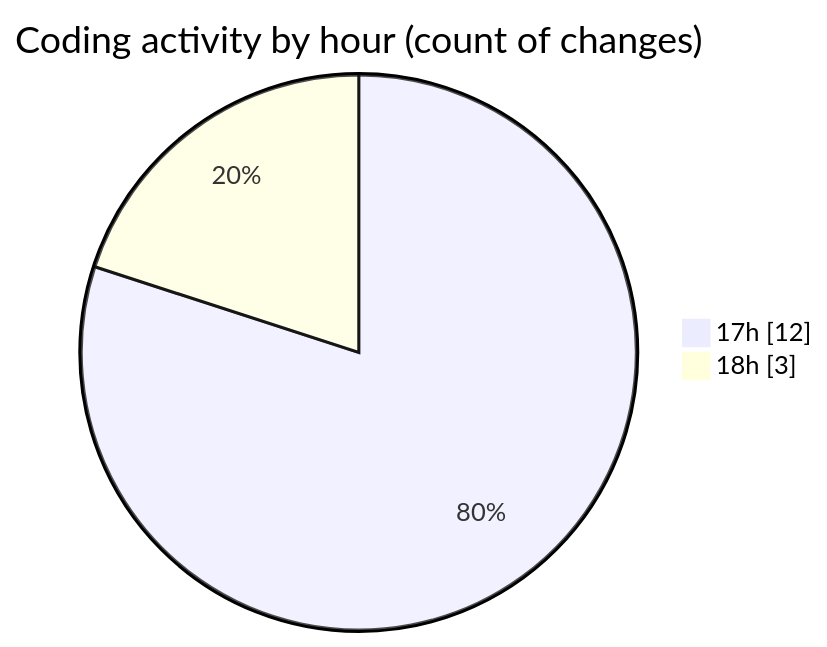
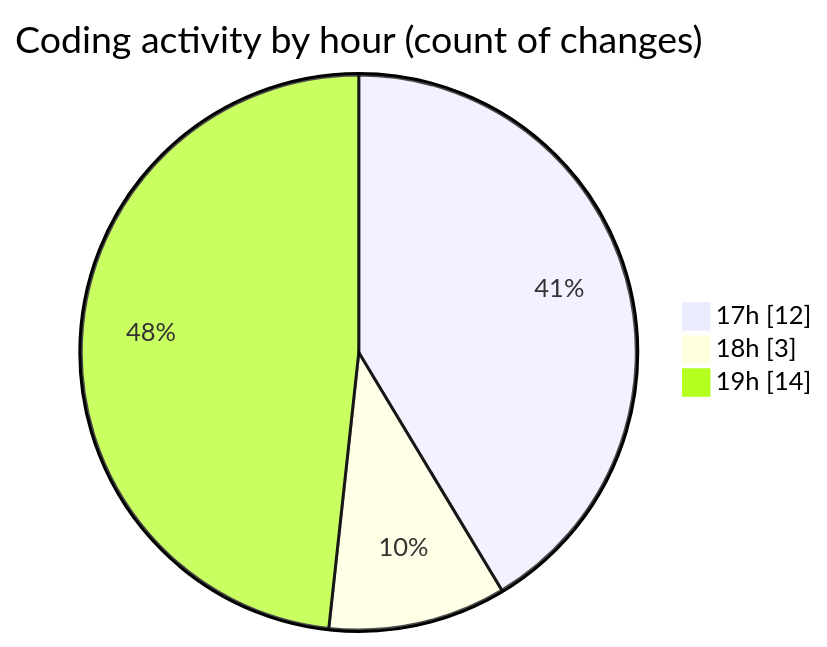
The second of 2 diagrams in 2025-06-19/scopecraft/README.md (Ritupan-Deka/code-tracking), drawn with Mermaid before and after one commit. The commit also changed other lines of this file and 1 other file, not shown here.

````diff
--- a/2025-06-19/scopecraft/README.md
+++ b/2025-06-19/scopecraft/README.md
@@ -37,6 +39,7 @@
 ```mermaid
 pie showData
 title Coding activity by hour (count of changes)
 "17h" : 12
 "18h" : 3
+"19h" : 14
 ```
````
